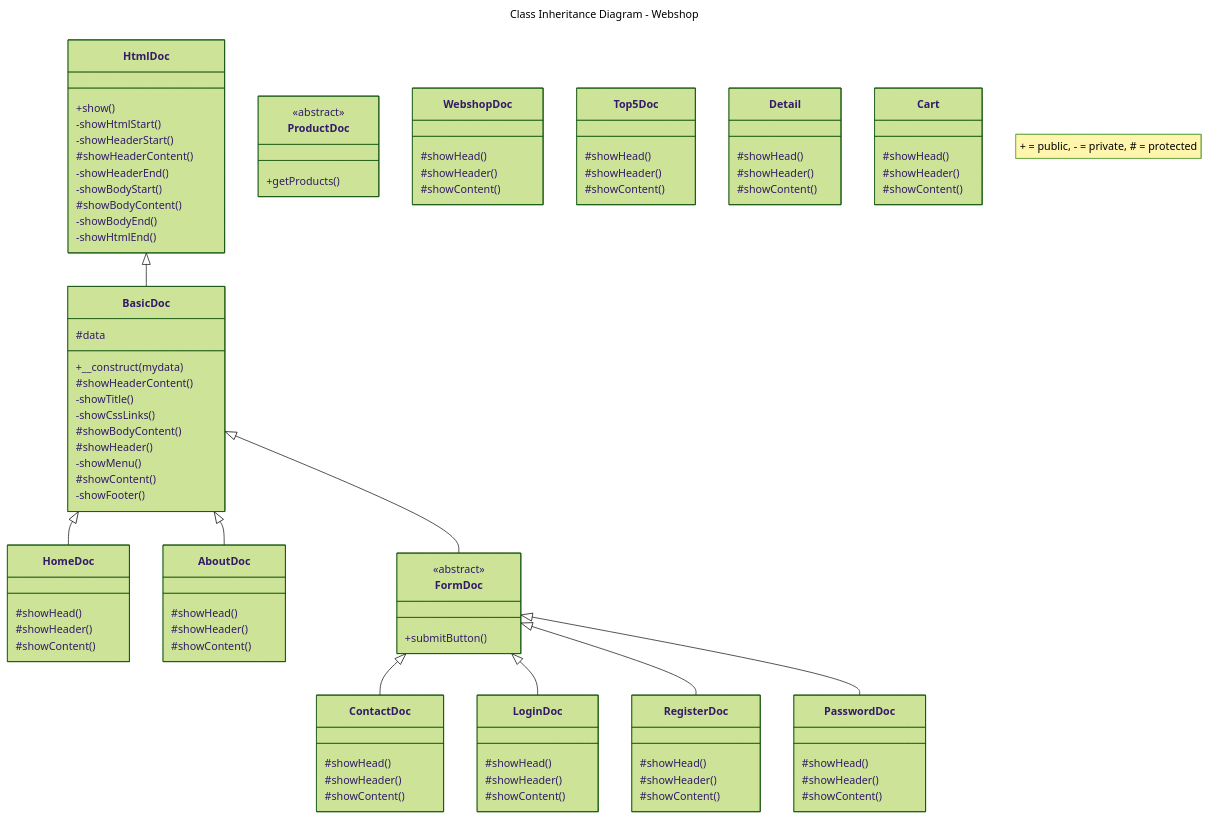
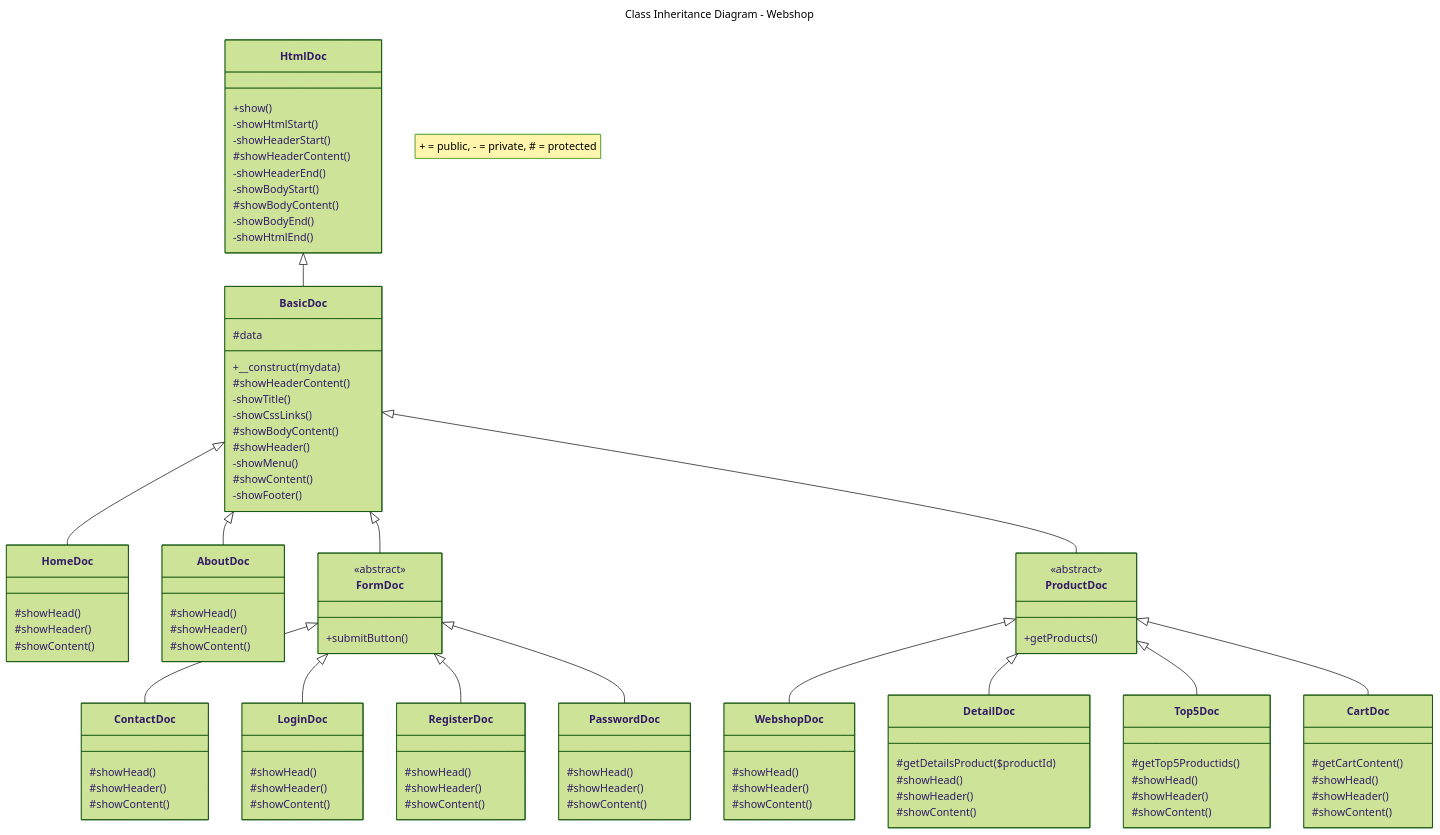
One commit to JeroenHeemskerk/educom-webshop-oop-1708595373 changed the diagram in Diagrams/class-inheritance-diagram-webshop.md. Above: the diagram before and after it, drawn with Mermaid (forest theme).

```diff
--- a/Diagrams/class-inheritance-diagram-webshop.md
+++ b/Diagrams/class-inheritance-diagram-webshop.md
@@ -10,11 +10,17 @@
     BasicDoc <|-- HomeDoc
     BasicDoc <|-- AboutDoc
     BasicDoc <|-- FormDoc
+    BasicDoc <|-- ProductDoc
 
     FormDoc <|-- ContactDoc
     FormDoc <|-- LoginDoc
     FormDoc <|-- RegisterDoc
     FormDoc <|-- PasswordDoc
+
+    ProductDoc <|-- WebshopDoc
+    ProductDoc <|-- DetailDoc
+    ProductDoc <|-- Top5Doc
+    ProductDoc <|-- CartDoc
 
     class HtmlDoc{
        +show()
@@ -86,18 +92,21 @@
     }
 
     class Top5Doc{
+        #getTop5Productids()
         #showHead()
         #showHeader()
         #showContent()
     }
 
-    class Detail{
+    class DetailDoc{
+        #getDetailsProduct($productId)
         #showHead()
         #showHeader()
         #showContent()
     }
 
-    class Cart{
+    class CartDoc{
+        #getCartContent()
         #showHead()
         #showHeader()
         #showContent()
```
